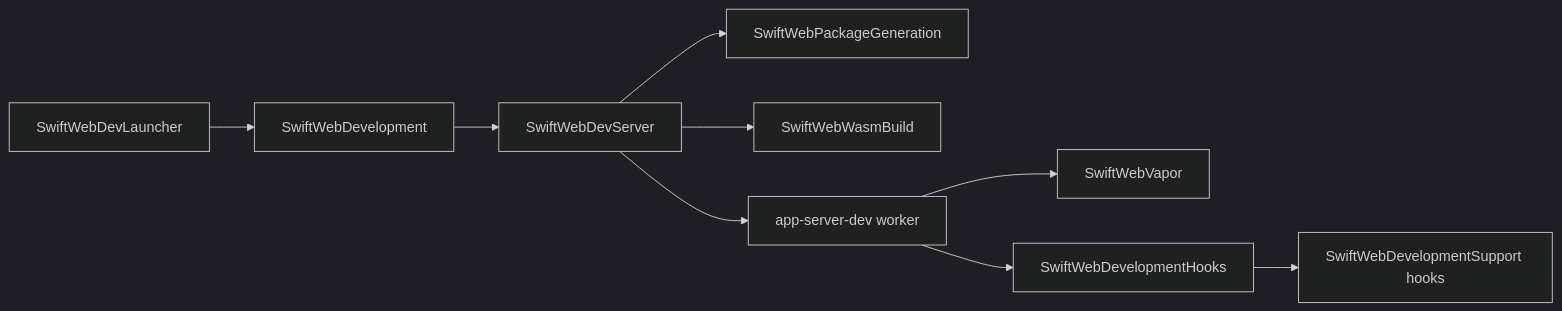
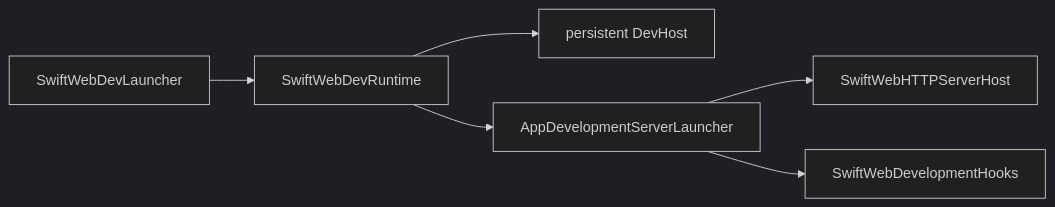
The second of 2 diagrams in Sources/SwiftWebDevelopment/Facade/README.md (1amageek/swift-web), drawn with Mermaid (dark theme) before and after one commit. The commit also changed other lines of this file and 30 other files, not shown here.

Commit message:
Update documentation for SwiftWeb 0.7

````diff
--- a/Sources/SwiftWebDevelopment/Facade/README.md
+++ b/Sources/SwiftWebDevelopment/Facade/README.md
@@ -122,11 +34,8 @@
 ```mermaid
 flowchart LR
-  A["SwiftWebDevLauncher"] --> B["SwiftWebDevelopment"]
-  B --> C["SwiftWebDevServer"]
-  C --> D["SwiftWebPackageGeneration"]
-  C --> E["SwiftWebWasmBuild"]
-  C --> F["app-server-dev worker"]
-  F --> G["SwiftWebVapor"]
-  F --> H["SwiftWebDevelopmentHooks"]
-  H --> I["SwiftWebDevelopmentSupport hooks"]
+  Launcher["SwiftWebDevLauncher"] --> Runtime["SwiftWebDevRuntime"]
+  Runtime --> Host["persistent DevHost"]
+  Runtime --> Worker["AppDevelopmentServerLauncher"]
+  Worker --> HTTP["SwiftWebHTTPServerHost"]
+  Worker --> Hooks["SwiftWebDevelopmentHooks"]
 ```
````
